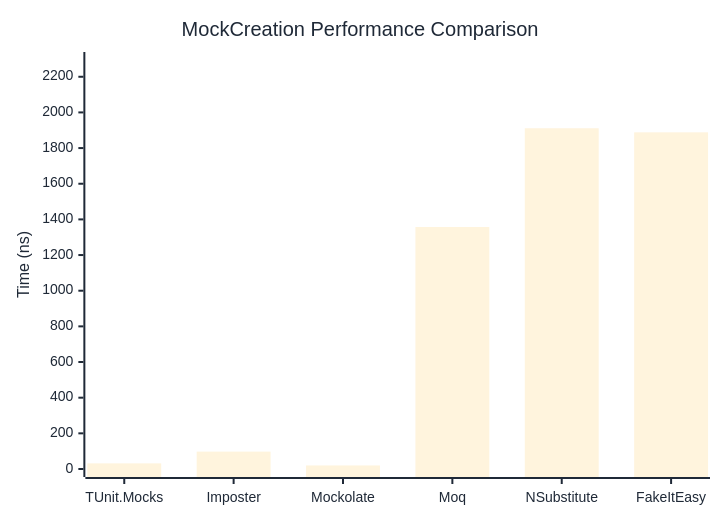
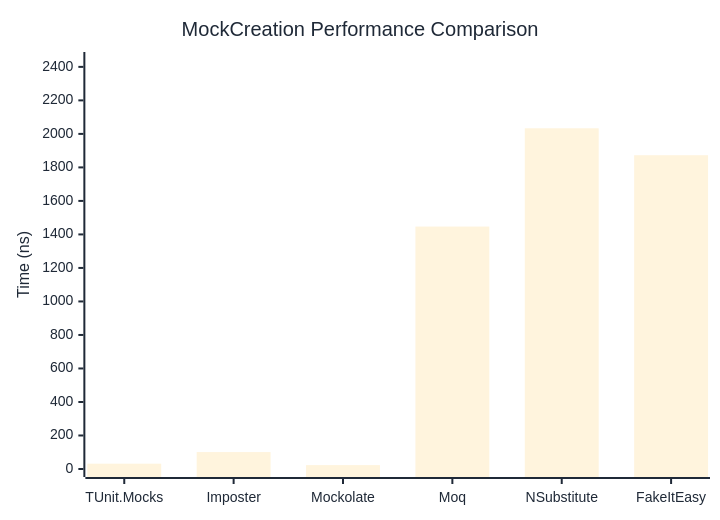
One commit to thomhurst/TUnit changed the first of 2 diagrams in docs/docs/benchmarks/mocks/MockCreation.md. Above: the diagram before and after it, drawn with Mermaid. The commit also changed other lines of this file and 14 other files, not shown here.

````diff
--- a/docs/docs/benchmarks/mocks/MockCreation.md
+++ b/docs/docs/benchmarks/mocks/MockCreation.md
@@ -30,27 +30,27 @@
 ```mermaid
 %%{init: {
   'theme':'base',
   'themeVariables': {
     'primaryColor': '#2563eb',
     'primaryTextColor': '#1f2937',
     'primaryBorderColor': '#1e40af',
     'lineColor': '#6b7280',
     'secondaryColor': '#7c3aed',
     'tertiaryColor': '#dc2626',
     'background': '#ffffff',
     'pie1': '#2563eb',
     'pie2': '#7c3aed',
     'pie3': '#dc2626',
     'pie4': '#f59e0b',
     'pie5': '#10b981',
     'pie6': '#06b6d4',
     'pie7': '#ec4899',
     'pie8': '#6366f1'
   }
 }}%%
 xychart-beta
   title "MockCreation Performance Comparison"
   x-axis ["TUnit.Mocks", "Imposter", "Mockolate", "Moq", "NSubstitute", "FakeItEasy"]
-  y-axis "Time (ns)" 0 --> 2294
-  bar [31.62, 97.45, 19.98, 1357.22, 1911.2, 1888.3]
+  y-axis "Time (ns)" 0 --> 2441
+  bar [31.76, 100.96, 23.21, 1446.86, 2033.47, 1872.78]
 ```
````
